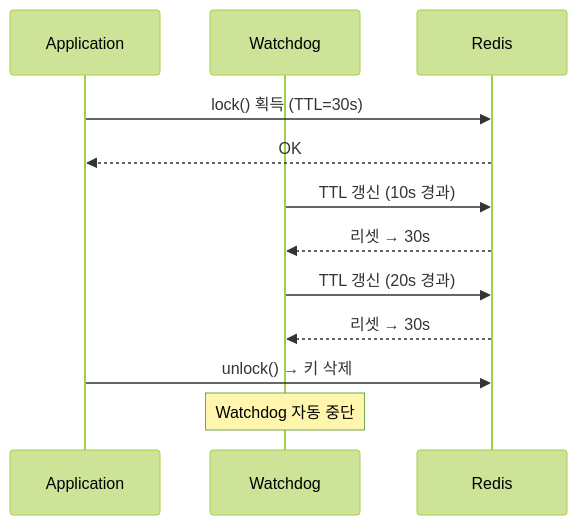
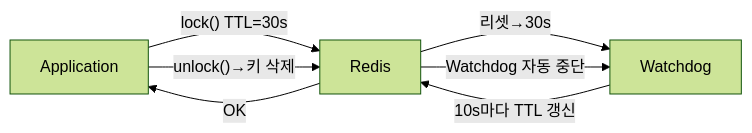
One commit to yjkim2015/yjkim2015.github.io changed the sixth of 15 diagrams in _posts/redis/2026-05-01-redis-distributed-lock.md. Above: the diagram before and after it, drawn with Mermaid (forest theme). The commit also changed other lines of this file and 32 other files, not shown here.

First line of the commit message:
sequenceDiagram 82개 → graph LR 변환 완료

````diff
--- a/_posts/redis/2026-05-01-redis-distributed-lock.md
+++ b/_posts/redis/2026-05-01-redis-distributed-lock.md
@@ -345,14 +342,9 @@
 ```mermaid
-sequenceDiagram
-    participant App as Application
-    participant WD as Watchdog
-    participant R as Redis
-    App->>R: lock() 획득 (TTL=30s)
-    R-->>App: OK
-    WD->>R: TTL 갱신 (10s 경과)
-    R-->>WD: 리셋 → 30s
-    WD->>R: TTL 갱신 (20s 경과)
-    R-->>WD: 리셋 → 30s
-    App->>R: unlock() → 키 삭제
-    Note over WD: Watchdog 자동 중단
+graph LR
+    App["Application"] -->|"lock() TTL=30s"| R["Redis"]
+    R -->|"OK"| App
+    WD["Watchdog"] -->|"10s마다 TTL 갱신"| R
+    R -->|"리셋→30s"| WD
+    App -->|"unlock()→키 삭제"| R
+    R -->|"Watchdog 자동 중단"| WD
 ```
````
